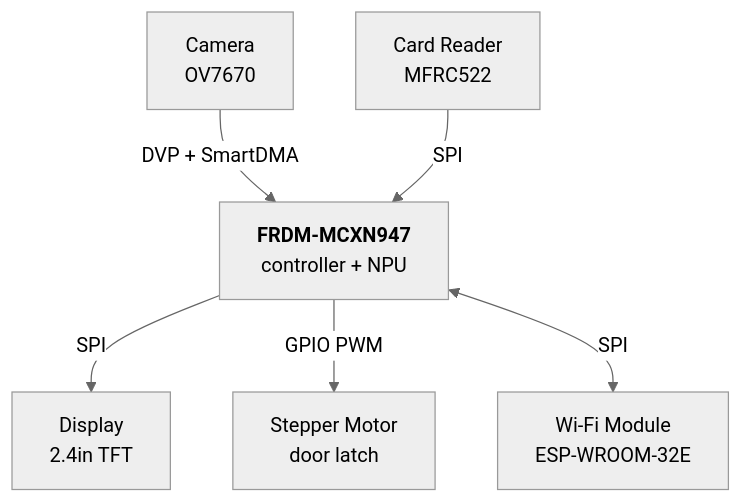
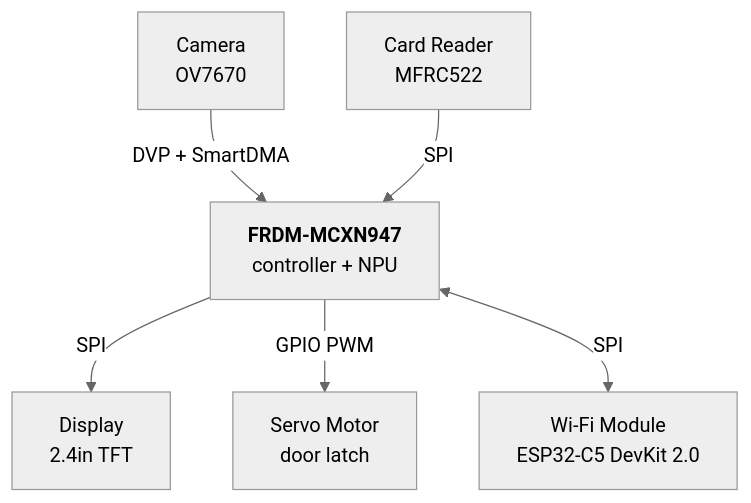
Before and after one commit to NguyenHoangTrieu/LOCK_HYBRID_AI: the second of 12 diagrams in ARCHITECTURE.md, drawn with Mermaid (neutral theme). The commit also changed other lines of this file and 20 other files, not shown here.

````diff
--- a/ARCHITECTURE.md
+++ b/ARCHITECTURE.md
@@ -38,15 +38,15 @@
 ```mermaid
 graph TD
     CAM["Camera<br/>OV7670"]
     RFID["Card Reader<br/>MFRC522"]
     MCU["<b>FRDM-MCXN947</b><br/>controller + NPU"]
     LCD["Display<br/>2.4in TFT"]
-    MOTOR["Stepper Motor<br/>door latch"]
-    ESP["Wi-Fi Module<br/>ESP-WROOM-32E"]
+    MOTOR["Servo Motor<br/>door latch"]
+    ESP["Wi-Fi Module<br/>ESP32-C5 DevKit 2.0"]
 
     CAM -->|"DVP + SmartDMA"| MCU
     RFID -->|"SPI"| MCU
     MCU -->|"SPI"| LCD
     MCU -->|"GPIO PWM"| MOTOR
     MCU <-->|"SPI"| ESP
 ```
````
